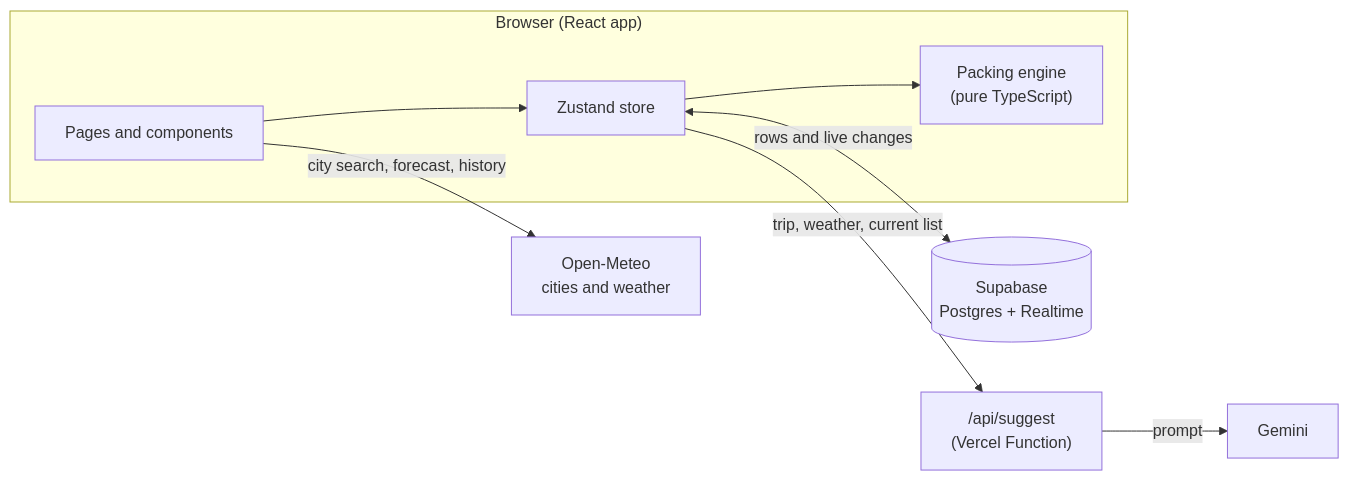
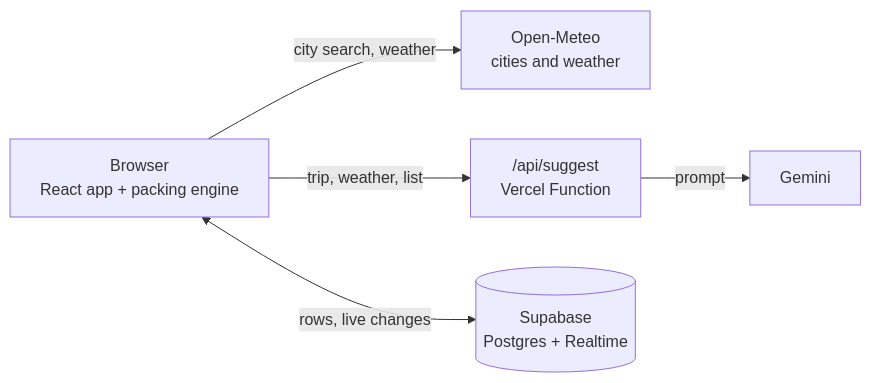
One commit to VladyslavL02/packsmart changed the first of 2 diagrams in README.md. Above: the diagram before and after it, drawn with Mermaid. The commit also changed other lines of this file, not shown here.

Commit message:
Simplify README diagrams for GitHub (pre-deploy step 4)

````diff
--- a/README.md
+++ b/README.md
@@ -77,19 +77,13 @@
 ```mermaid
 flowchart LR
-  subgraph Browser["Browser (React app)"]
-    UI["Pages and components"]
-    Store["Zustand store"]
-    Engine["Packing engine<br/>(pure TypeScript)"]
-  end
+  App["Browser<br/>React app + packing engine"]
   Meteo["Open-Meteo<br/>cities and weather"]
-  Api["/api/suggest<br/>(Vercel Function)"]
+  Api["/api/suggest<br/>Vercel Function"]
   Gemini["Gemini"]
   DB[("Supabase<br/>Postgres + Realtime")]
 
-  UI --> Store
-  Store --> Engine
-  UI -->|"city search, forecast, history"| Meteo
-  Store -->|"trip, weather, current list"| Api
+  App -->|"city search, weather"| Meteo
+  App -->|"trip, weather, list"| Api
   Api -->|"prompt"| Gemini
-  Store <-->|"rows and live changes"| DB
+  App <-->|"rows, live changes"| DB
 ```
````
